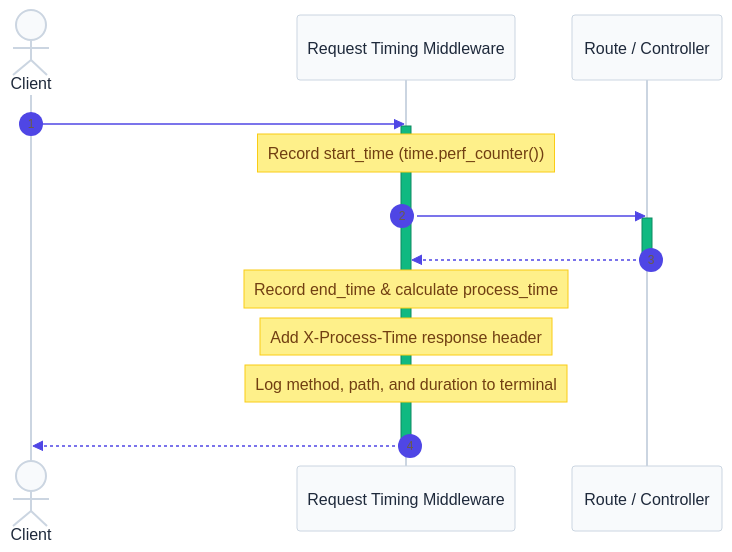
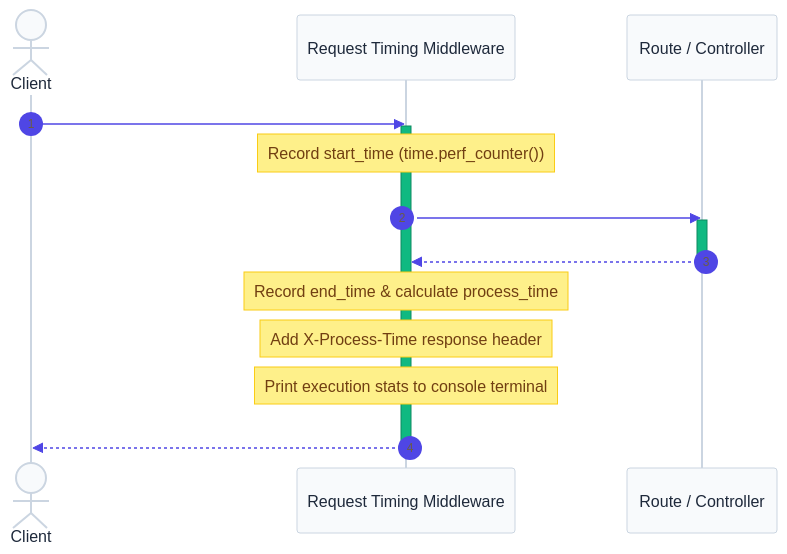
One commit to nakul-cloud/ecommerce-api changed the diagram in app/middleware/README.md. Above: the diagram before and after it, drawn with Mermaid. The commit also changed other lines of this file and 8 other files, not shown here.

Commit message:
docs: add comprehensive architecture documentation across app modules

````diff
--- a/app/middleware/README.md
+++ b/app/middleware/README.md
@@ -17,24 +25,24 @@
 ```mermaid
 %%{init: {'theme': 'base', 'themeVariables': {'primaryColor': '#4f46e5', 'primaryTextColor': '#ffffff', 'primaryBorderColor': '#3730a3', 'lineColor': '#94a3b8', 'secondaryColor': '#10b981', 'tertiaryColor': '#f59e0b', 'background': '#ffffff', 'mainBkg': '#f8fafc', 'nodeBorder': '#cbd5e1', 'nodeTextColor': '#1e293b', 'textColor': '#ffffff', 'titleColor': '#ffffff', 'edgeLabelBackground': '#1e293b', 'clusterBkg': '#f1f5f9', 'clusterBorder': '#e2e8f0', 'actorBkg': '#f8fafc', 'actorBorder': '#cbd5e1', 'actorTextColor': '#1e293b', 'signalColor': '#4f46e5', 'signalTextColor': '#ffffff', 'noteBkgColor': '#fef08a', 'noteBorderColor': '#facc15', 'noteTextColor': '#713f12'}}}%%
 sequenceDiagram
     autonumber
     actor Client
     participant Middleware as Request Timing Middleware
     participant App as Route / Controller
 
     Client->>Middleware: Incoming HTTP Request
     activate Middleware
     Note over Middleware: Record start_time (time.perf_counter())
     
-    Middleware->>App: Forward Request
+    Middleware->>App: Forward Request via call_next()
     activate App
-    App-->>Middleware: Return HTTP Response
+    App-->>Middleware: Yields HTTP Response
     deactivate App
     
     Note over Middleware: Record end_time & calculate process_time
     Note over Middleware: Add X-Process-Time response header
-    Note over Middleware: Log method, path, and duration to terminal
+    Note over Middleware: Print execution stats to console terminal
     
     Middleware-->>Client: Return HTTP Response with timing header
     deactivate Middleware
 ```
````
